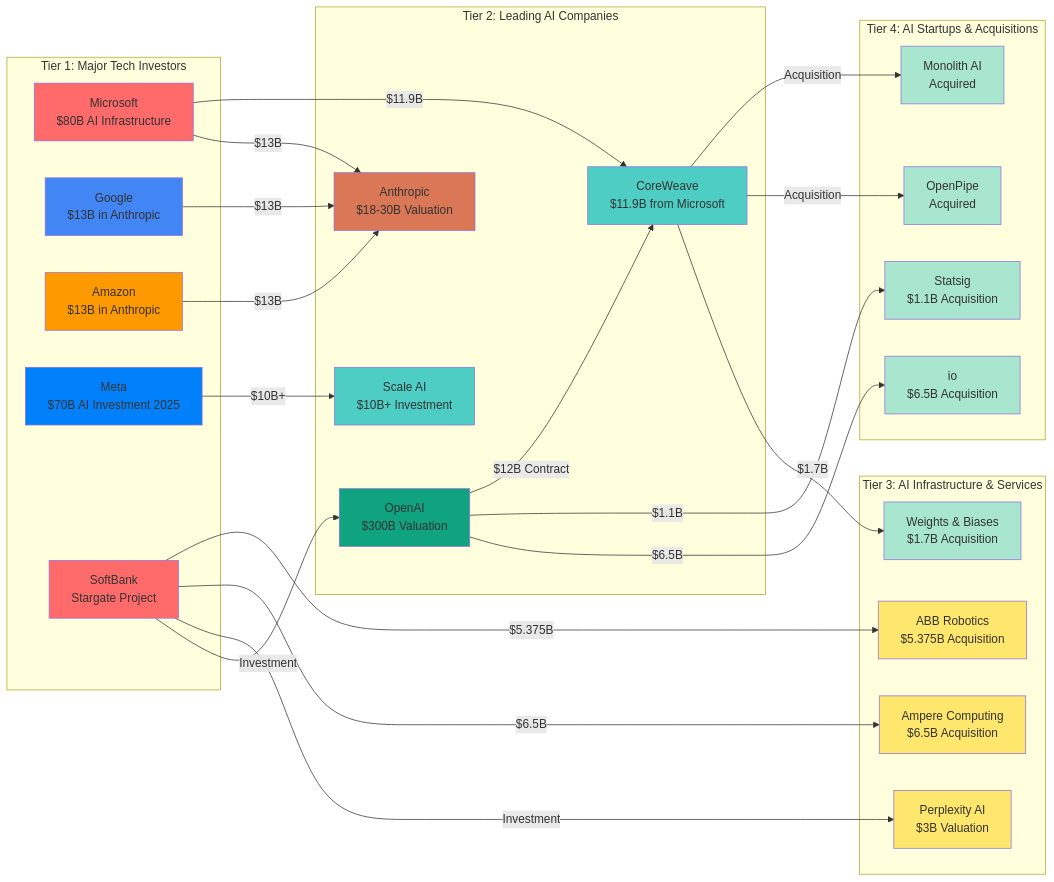
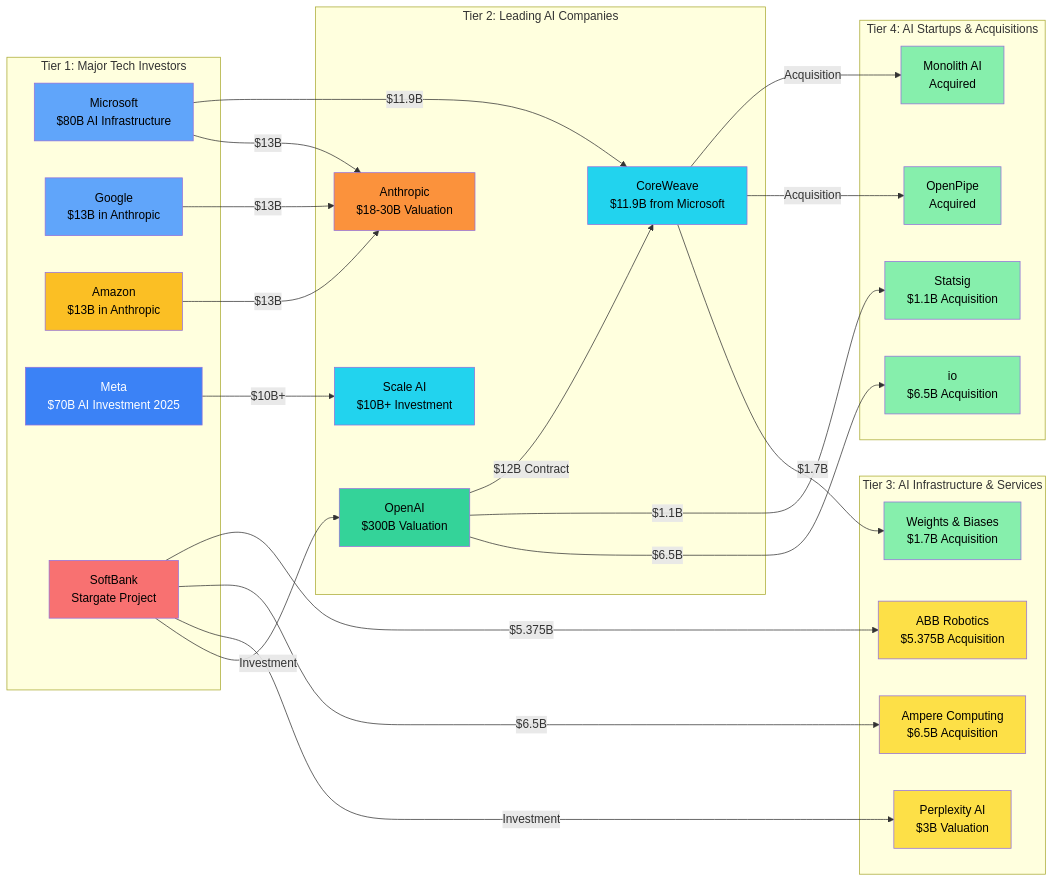
Before and after one commit to hildermesmedeiros/magic-contability: the second of 10 diagrams in INVESTMENTS.md, drawn with Mermaid. The commit also changed other lines of this file, not shown here.

````diff
--- a/INVESTMENTS.md
+++ b/INVESTMENTS.md
@@ -34,65 +34,65 @@
 ```mermaid
 flowchart LR
     subgraph "Tier 1: Major Tech Investors"
         Microsoft[Microsoft<br/>$80B AI Infrastructure]
         Google[Google<br/>$13B in Anthropic]
         Amazon[Amazon<br/>$13B in Anthropic]
         Meta[Meta<br/>$70B AI Investment 2025]
         SoftBank[SoftBank<br/>Stargate Project]
     end
     
     subgraph "Tier 2: Leading AI Companies"
         OpenAI[OpenAI<br/>$300B Valuation]
         Anthropic[Anthropic<br/>$18-30B Valuation]
         ScaleAI[Scale AI<br/>$10B+ Investment]
         CoreWeave[CoreWeave<br/>$11.9B from Microsoft]
     end
     
     subgraph "Tier 3: AI Infrastructure & Services"
         PerplexityAI[Perplexity AI<br/>$3B Valuation]
         AmpereComputing[Ampere Computing<br/>$6.5B Acquisition]
         ABBRobotics[ABB Robotics<br/>$5.375B Acquisition]
         WeightsBiases[Weights & Biases<br/>$1.7B Acquisition]
     end
     
     subgraph "Tier 4: AI Startups & Acquisitions"
         io[io<br/>$6.5B Acquisition]
         Statsig[Statsig<br/>$1.1B Acquisition]
         OpenPipe[OpenPipe<br/>Acquired]
         MonolithAI[Monolith AI<br/>Acquired]
     end
     
     Microsoft -->|$13B| Anthropic
     Microsoft -->|$11.9B| CoreWeave
     Google -->|$13B| Anthropic
     Amazon -->|$13B| Anthropic
     Meta -->|$10B+| ScaleAI
     SoftBank -->|Investment| OpenAI
     SoftBank -->|Investment| PerplexityAI
     OpenAI -->|$6.5B| io
     OpenAI -->|$1.1B| Statsig
     OpenAI -->|$12B Contract| CoreWeave
     CoreWeave -->|$1.7B| WeightsBiases
     CoreWeave -->|Acquisition| OpenPipe
     CoreWeave -->|Acquisition| MonolithAI
     SoftBank -->|$6.5B| AmpereComputing
     SoftBank -->|$5.375B| ABBRobotics
     
-    style Microsoft fill:#ff6b6b
-    style Google fill:#4285f4
-    style Amazon fill:#ff9900
-    style Meta fill:#0081fb
-    style SoftBank fill:#ff6b6b
-    style OpenAI fill:#10a37f
-    style Anthropic fill:#d97757
-    style ScaleAI fill:#4ecdc4
-    style CoreWeave fill:#4ecdc4
-    style PerplexityAI fill:#ffe66d
-    style AmpereComputing fill:#ffe66d
-    style ABBRobotics fill:#ffe66d
-    style WeightsBiases fill:#a8e6cf
-    style io fill:#a8e6cf
-    style Statsig fill:#a8e6cf
-    style OpenPipe fill:#a8e6cf
-    style MonolithAI fill:#a8e6cf
+    style Microsoft fill:#60a5fa,color:#000
+    style Google fill:#60a5fa,color:#000
+    style Amazon fill:#fbbf24,color:#000
+    style Meta fill:#3b82f6,color:#fff
+    style SoftBank fill:#f87171,color:#000
+    style OpenAI fill:#34d399,color:#000
+    style Anthropic fill:#fb923c,color:#000
+    style ScaleAI fill:#22d3ee,color:#000
+    style CoreWeave fill:#22d3ee,color:#000
+    style PerplexityAI fill:#fde047,color:#000
+    style AmpereComputing fill:#fde047,color:#000
+    style ABBRobotics fill:#fde047,color:#000
+    style WeightsBiases fill:#86efac,color:#000
+    style io fill:#86efac,color:#000
+    style Statsig fill:#86efac,color:#000
+    style OpenPipe fill:#86efac,color:#000
+    style MonolithAI fill:#86efac,color:#000
 ```
````
